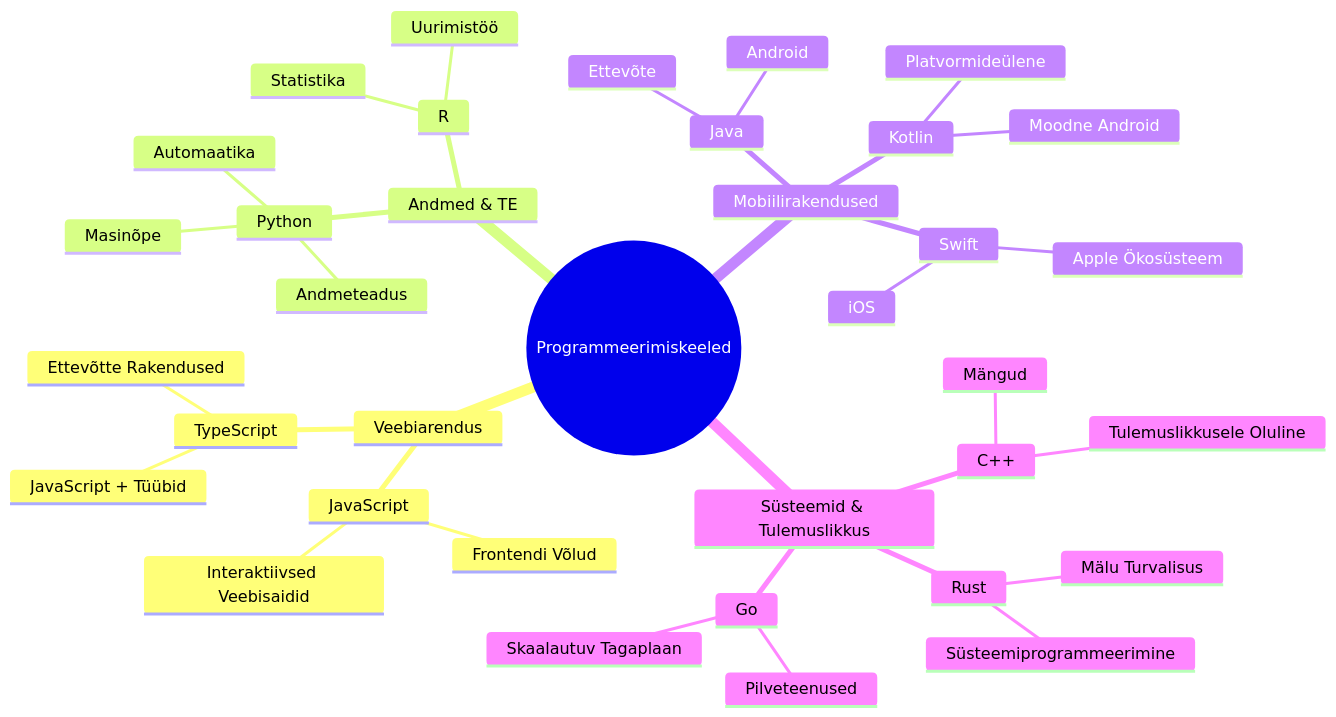
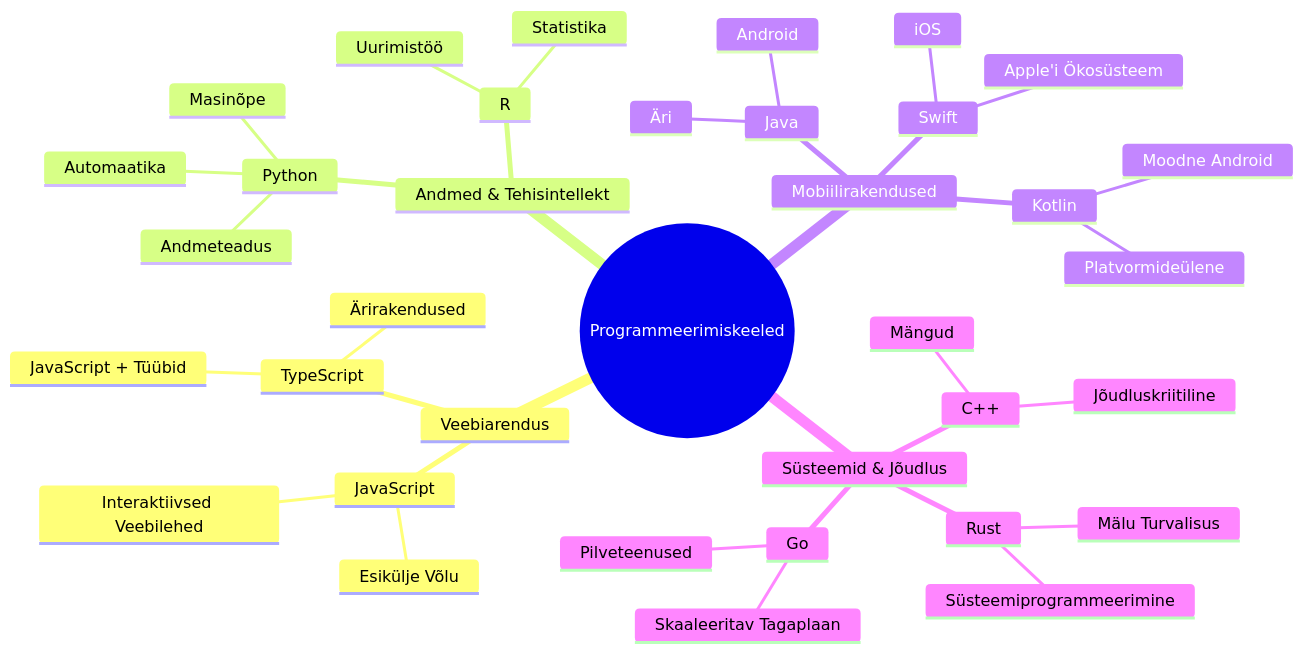
Before and after one commit to microsoft/Web-Dev-For-Beginners: the second of 7 diagrams in translations/et/1-getting-started-lessons/1-intro-to-programming-languages/README.md, drawn with Mermaid. The commit also changed other lines of this file and 8 other files, not shown here.

````diff
--- a/translations/et/1-getting-started-lessons/1-intro-to-programming-languages/README.md
+++ b/translations/et/1-getting-started-lessons/1-intro-to-programming-languages/README.md
@@ -85,39 +85,39 @@
 ```mermaid
 mindmap
   root((Programmeerimiskeeled))
     Veebiarendus
       JavaScript
-        Frontendi Võlud
-        Interaktiivsed Veebisaidid
+        Esikülje Võlu
+        Interaktiivsed Veebilehed
       TypeScript
         JavaScript + Tüübid
-        Ettevõtte Rakendused
-    Andmed & TE
+        Ärirakendused
+    Andmed & Tehisintellekt
       Python
         Andmeteadus
         Masinõpe
         Automaatika
       R
         Statistika
         Uurimistöö
     Mobiilirakendused
       Java
         Android
-        Ettevõte
+        Äri
       Swift
         iOS
-        Apple Ökosüsteem
+        Apple'i Ökosüsteem
       Kotlin
         Moodne Android
         Platvormideülene
-    Süsteemid & Tulemuslikkus
+    Süsteemid & Jõudlus
       C++
         Mängud
-        Tulemuslikkusele Oluline
+        Jõudluskriitiline
       Rust
         Mälu Turvalisus
         Süsteemiprogrammeerimine
       Go
         Pilveteenused
-        Skaalautuv Tagaplaan
+        Skaaleeritav Tagaplaan
 ```
````
